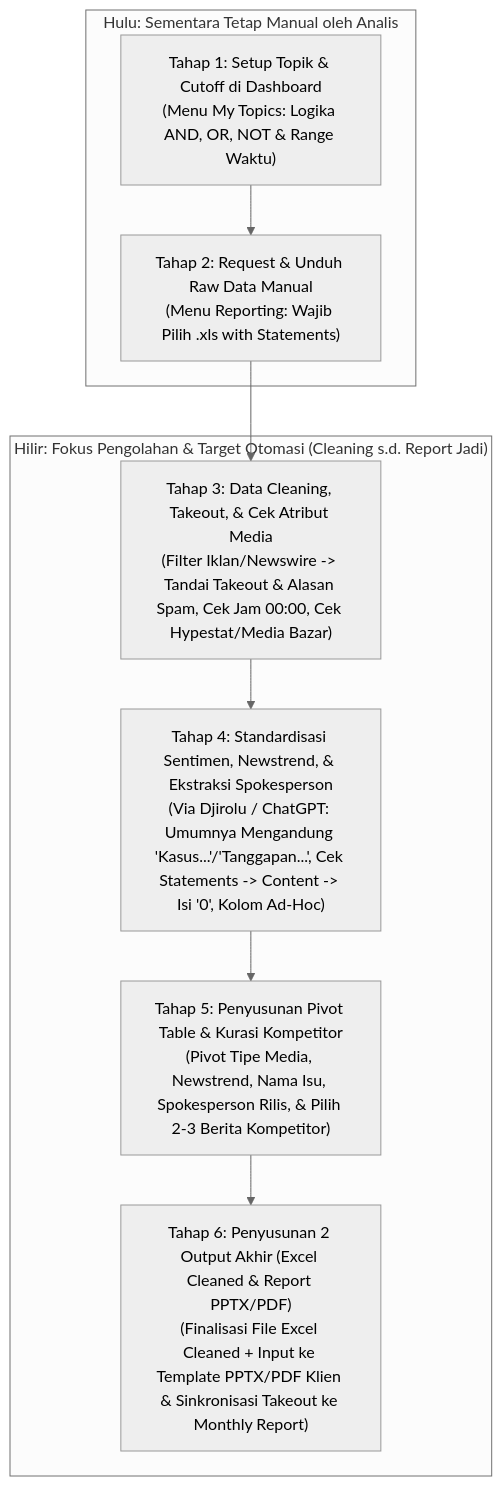
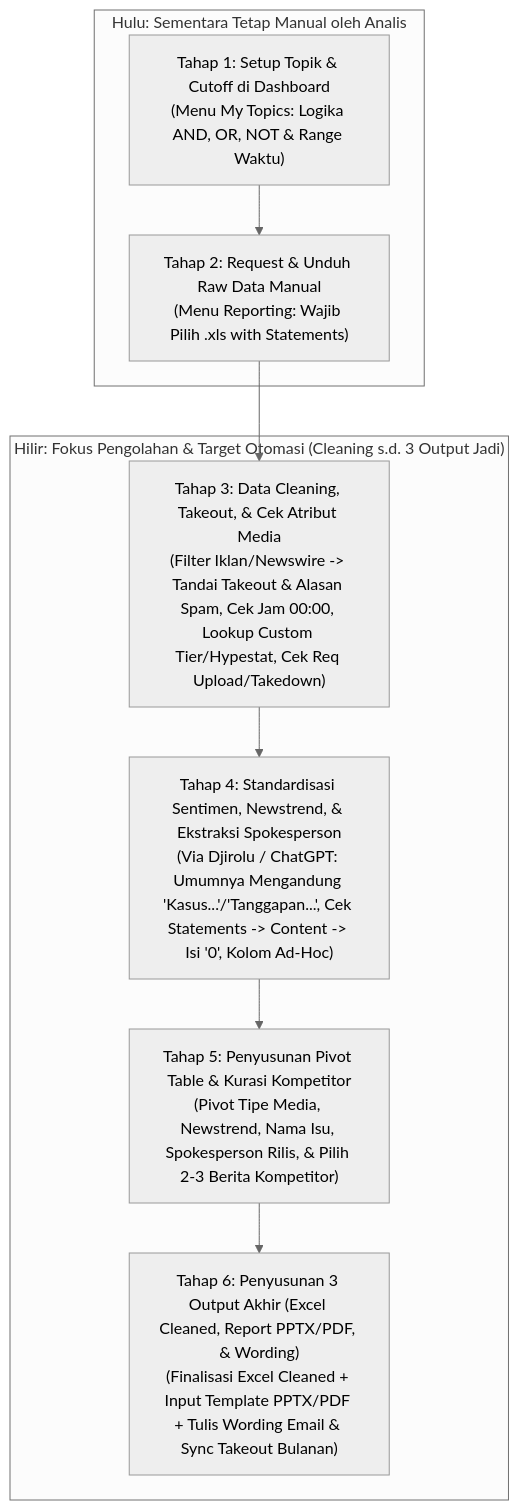
The first of 2 diagrams in docs/phase-1-requirements/BRD.md (Rambu464/automation-report), drawn with Mermaid (neutral theme) before and after one commit. The commit also changed other lines of this file and 3 other files, not shown here.

Commit message:
docs: add Triple Deliverables with Wording, custom media tier, and DeepSeek cost basis

````diff
--- a/docs/phase-1-requirements/BRD.md
+++ b/docs/phase-1-requirements/BRD.md
@@ -57,13 +59,13 @@
 ```mermaid
 flowchart TD
     subgraph Hulu_Manual["Hulu: Sementara Tetap Manual oleh Analis"]
         A["Tahap 1: Setup Topik & Cutoff di Dashboard<br/>(Menu My Topics: Logika AND, OR, NOT & Range Waktu)"] --> B["Tahap 2: Request & Unduh Raw Data Manual<br/>(Menu Reporting: Wajib Pilih .xls with Statements)"]
     end
 
-    subgraph Hilir_Fokus_Otomasi["Hilir: Fokus Pengolahan & Target Otomasi (Cleaning s.d. Report Jadi)"]
-        B --> C["Tahap 3: Data Cleaning, Takeout, & Cek Atribut Media<br/>(Filter Iklan/Newswire -> Tandai Takeout & Alasan Spam, Cek Jam 00:00, Cek Hypestat/Media Bazar)"]
+    subgraph Hilir_Fokus_Otomasi["Hilir: Fokus Pengolahan & Target Otomasi (Cleaning s.d. 3 Output Jadi)"]
+        B --> C["Tahap 3: Data Cleaning, Takeout, & Cek Atribut Media<br/>(Filter Iklan/Newswire -> Tandai Takeout & Alasan Spam, Cek Jam 00:00, Lookup Custom Tier/Hypestat, Cek Req Upload/Takedown)"]
         C --> D["Tahap 4: Standardisasi Sentimen, Newstrend, & Ekstraksi Spokesperson<br/>(Via Djirolu / ChatGPT: Umumnya Mengandung 'Kasus...'/'Tanggapan...', Cek Statements -> Content -> Isi '0', Kolom Ad-Hoc)"]
         D --> E["Tahap 5: Penyusunan Pivot Table & Kurasi Kompetitor<br/>(Pivot Tipe Media, Newstrend, Nama Isu, Spokesperson Rilis, & Pilih 2-3 Berita Kompetitor)"]
-        E --> F["Tahap 6: Penyusunan 2 Output Akhir (Excel Cleaned & Report PPTX/PDF)<br/>(Finalisasi File Excel Cleaned + Input ke Template PPTX/PDF Klien & Sinkronisasi Takeout ke Monthly Report)"]
+        E --> F["Tahap 6: Penyusunan 3 Output Akhir (Excel Cleaned, Report PPTX/PDF, & Wording)<br/>(Finalisasi Excel Cleaned + Input Template PPTX/PDF + Tulis Wording Email & Sync Takeout Bulanan)"]
     end
 ```
````
